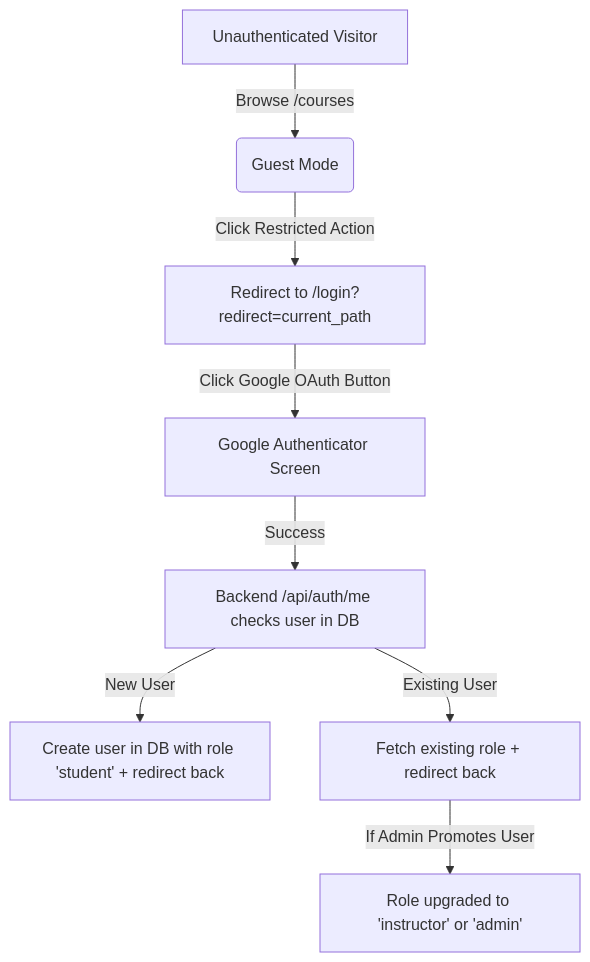
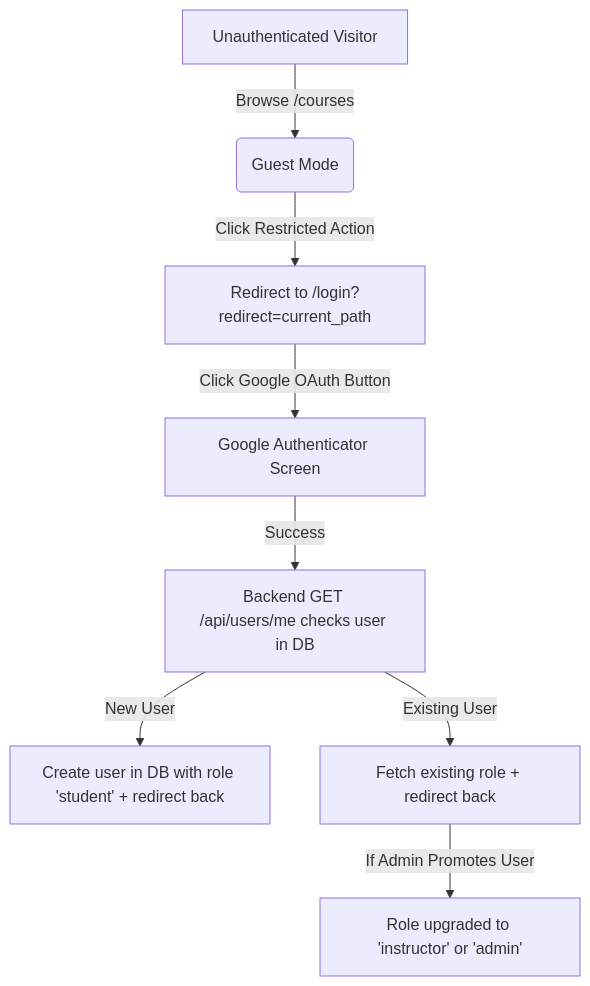
The first of 5 diagrams in planning/guidelines_and_user_flows.md (tuasananh/GocTriThuc), drawn with Mermaid before and after one commit. The commit also changed other lines of this file, not shown here.

````diff
--- a/planning/guidelines_and_user_flows.md
+++ b/planning/guidelines_and_user_flows.md
@@ -121,10 +122,10 @@
 ```mermaid
 flowchart TD
     A[Unauthenticated Visitor] -->|Browse /courses| B(Guest Mode)
     B -->|Click Restricted Action| C[Redirect to /login?redirect=current_path]
     C -->|Click Google OAuth Button| D[Google Authenticator Screen]
-    D -->|Success| E[Backend /api/auth/me checks user in DB]
+    D -->|Success| E[Backend GET /api/users/me checks user in DB]
     E -->|New User| F[Create user in DB with role 'student' + redirect back]
     E -->|Existing User| G[Fetch existing role + redirect back]
     G -->|If Admin Promotes User| H[Role upgraded to 'instructor' or 'admin']
 ```
````
